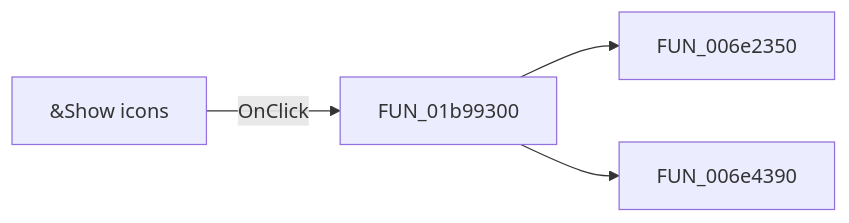
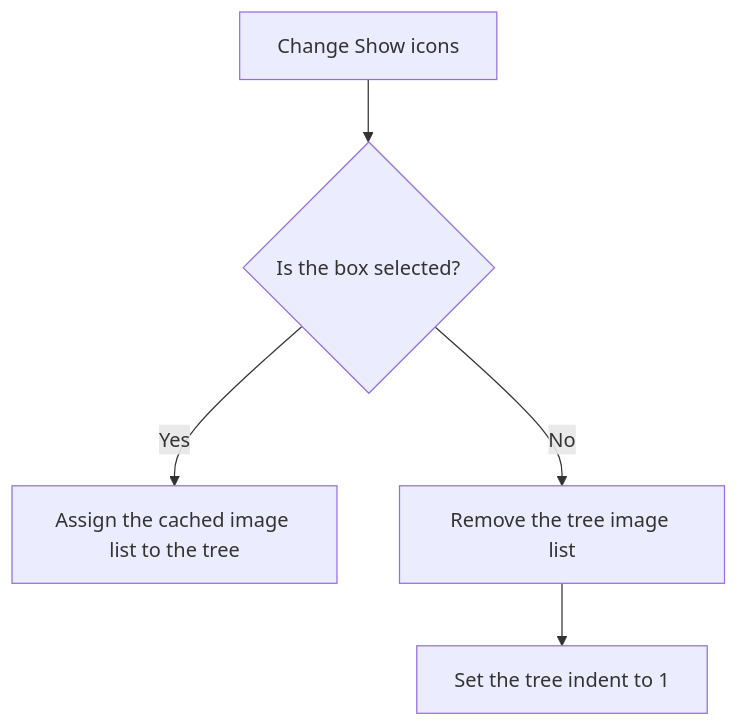
The diagram in docs/ui-controls/frmeditcomprack/chkshowbrowsericons-6970b7fe3b.md (MovGP0/TIARA), drawn with Mermaid before and after one commit. The commit also changed other lines of this file and 387 other files, not shown here.

````diff
--- a/docs/ui-controls/frmeditcomprack/chkshowbrowsericons-6970b7fe3b.md
+++ b/docs/ui-controls/frmeditcomprack/chkshowbrowsericons-6970b7fe3b.md
@@ -27,6 +27,7 @@
 ```mermaid
-flowchart LR
-    control["&Show icons"] -->|OnClick| handler["FUN_01b99300"]
-    handler --> call1["FUN_006e2350"]
-    handler --> call2["FUN_006e4390"]
+flowchart TD
+    control["Change Show icons"] --> checked{"Is the box selected?"}
+    checked -- "Yes" --> attach["Assign the cached image list to the tree"]
+    checked -- "No" --> detach["Remove the tree image list"]
+    detach --> indent["Set the tree indent to 1"]
 ```
````
